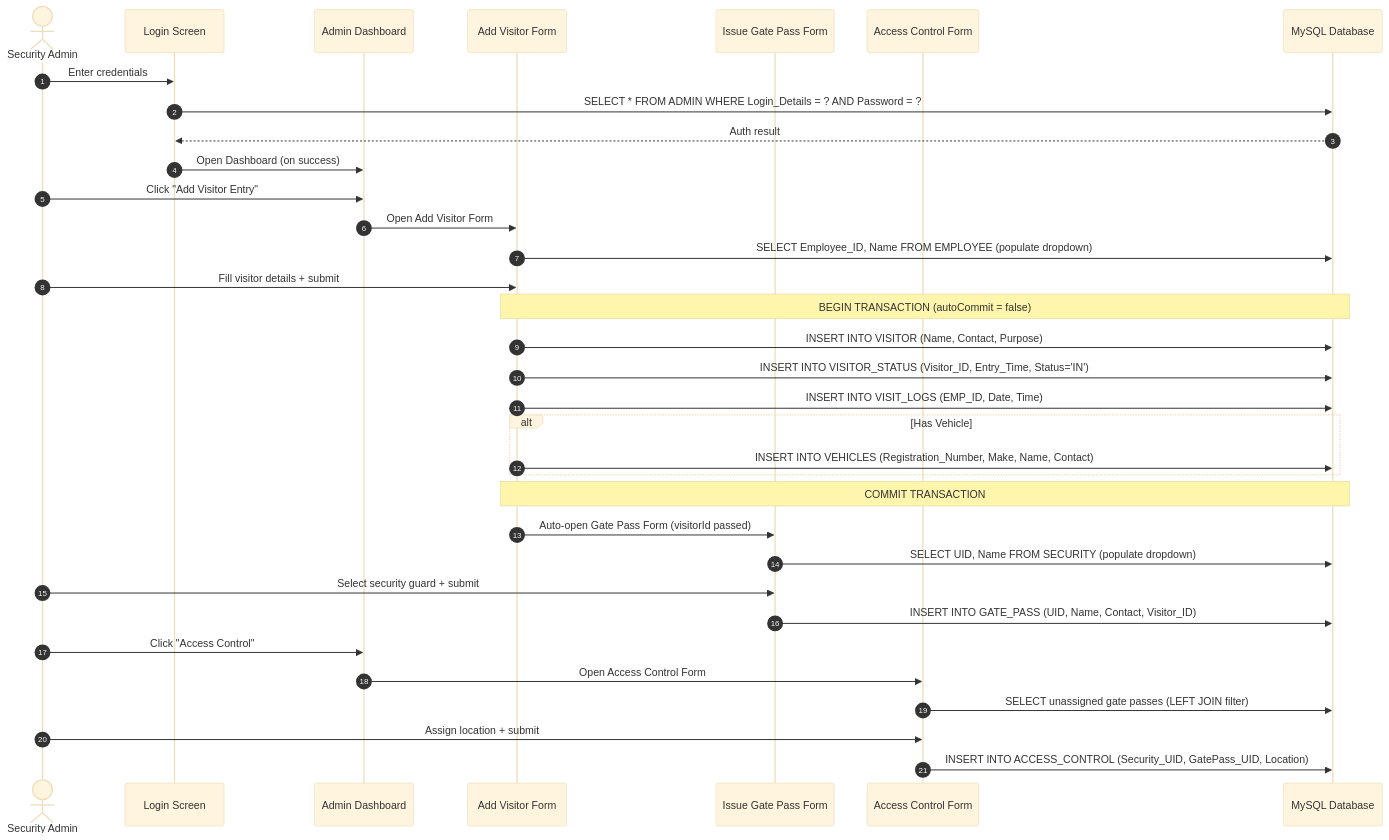
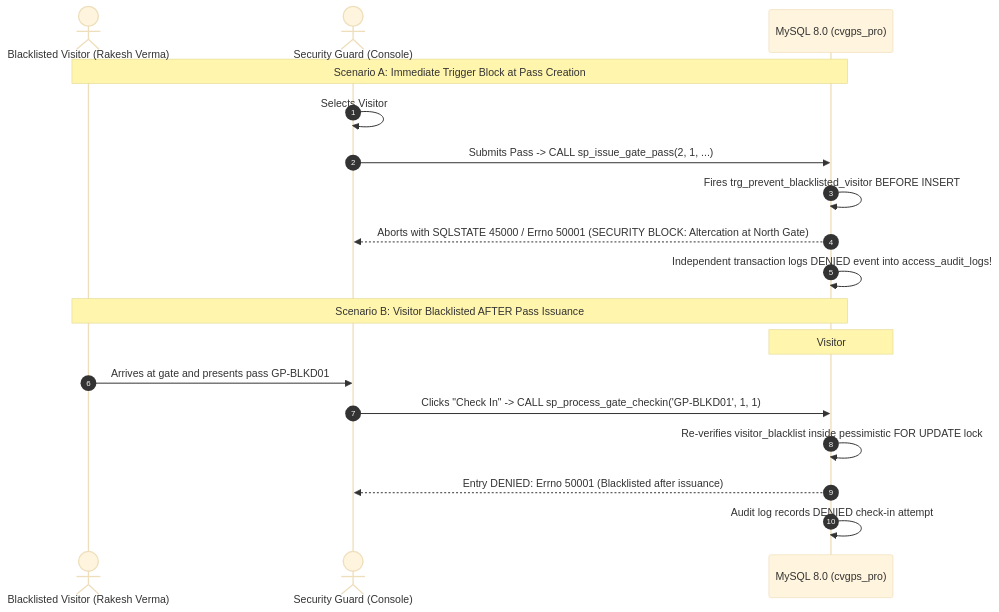
The ninth of 10 diagrams in README.md (YashK3086/Visitor-Gate-Pass-Management-), drawn with Mermaid (base theme) before and after one commit. The commit also changed other lines of this file and 38 other files, not shown here.

Commit message:
feat: complete database-first enterprise visitor gate pass architecture new

````diff
--- a/README.md
+++ b/README.md
@@ -33,43 +479,22 @@
 ```mermaid
 sequenceDiagram
     autonumber
-    actor Admin as Security Admin
-    participant Login as Login Screen
-    participant Dash as Admin Dashboard
-    participant AVF as Add Visitor Form
-    participant IGP as Issue Gate Pass Form
-    participant ACF as Access Control Form
-    participant DB as MySQL Database
+    actor Rogue as Blacklisted Visitor (Rakesh Verma)
+    actor Guard as Security Guard (Console)
+    participant DB as MySQL 8.0 (cvgps_pro)
 
-    Admin->>Login: Enter credentials
-    Login->>DB: SELECT * FROM ADMIN WHERE Login_Details = ? AND Password = ?
-    DB-->>Login: Auth result
-    Login->>Dash: Open Dashboard (on success)
+    Note over Rogue,DB: Scenario A: Immediate Trigger Block at Pass Creation
+    Guard->>Guard: Selects Visitor #2 (Rakesh Verma, flagged ⛔ BLACKLISTED)
+    Guard->>DB: Submits Pass -> CALL sp_issue_gate_pass(2, 1, ...)
+    DB->>DB: Fires trg_prevent_blacklisted_visitor BEFORE INSERT
+    DB-->>Guard: Aborts with SQLSTATE 45000 / Errno 50001 (SECURITY BLOCK: Altercation at North Gate)
+    DB->>DB: Independent transaction logs DENIED event into access_audit_logs!
 
-    Admin->>Dash: Click "Add Visitor Entry"
-    Dash->>AVF: Open Add Visitor Form
-    AVF->>DB: SELECT Employee_ID, Name FROM EMPLOYEE (populate dropdown)
-
-    Admin->>AVF: Fill visitor details + submit
-    Note over AVF,DB: BEGIN TRANSACTION (autoCommit = false)
-    AVF->>DB: INSERT INTO VISITOR (Name, Contact, Purpose)
-    AVF->>DB: INSERT INTO VISITOR_STATUS (Visitor_ID, Entry_Time, Status='IN')
-    AVF->>DB: INSERT INTO VISIT_LOGS (EMP_ID, Date, Time)
-
-    alt Has Vehicle
-        AVF->>DB: INSERT INTO VEHICLES (Registration_Number, Make, Name, Contact)
-    end
-
-    Note over AVF,DB: COMMIT TRANSACTION
-    AVF->>IGP: Auto-open Gate Pass Form (visitorId passed)
-
-    IGP->>DB: SELECT UID, Name FROM SECURITY (populate dropdown)
-    Admin->>IGP: Select security guard + submit
-    IGP->>DB: INSERT INTO GATE_PASS (UID, Name, Contact, Visitor_ID)
-
-    Admin->>Dash: Click "Access Control"
-    Dash->>ACF: Open Access Control Form
-    ACF->>DB: SELECT unassigned gate passes (LEFT JOIN filter)
-    Admin->>ACF: Assign location + submit
-    ACF->>DB: INSERT INTO ACCESS_CONTROL (Security_UID, GatePass_UID, Location)
+    Note over Rogue,DB: Scenario B: Visitor Blacklisted AFTER Pass Issuance
+    Note over DB: Visitor #3 (Karan Oberoi) held APPROVED pass GP-BLKD01 issued 30m ago.<br/>Security blacklisted him 10m ago for unauthorized photography.
+    Rogue->>Guard: Arrives at gate and presents pass GP-BLKD01
+    Guard->>DB: Clicks "Check In" -> CALL sp_process_gate_checkin('GP-BLKD01', 1, 1)
+    DB->>DB: Re-verifies visitor_blacklist inside pessimistic FOR UPDATE lock
+    DB-->>Guard: Entry DENIED: Errno 50001 (Blacklisted after issuance)
+    DB->>DB: Audit log records DENIED check-in attempt
 ```
````
